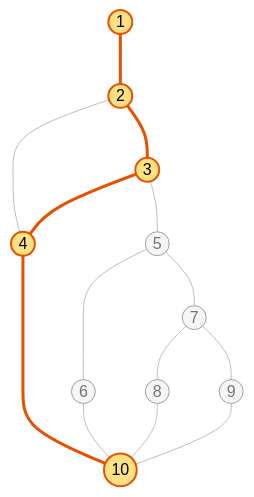
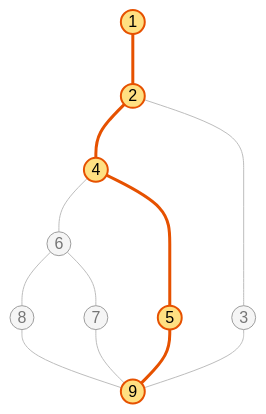
The third of 5 diagrams in tests/docs/caja_blanca_04_verificar_credenciales.md (bloedige/itdb_ctf), drawn with Mermaid before and after one commit. The commit also changed other lines of this file and 47 other files, not shown here.

````diff
--- a/tests/docs/caja_blanca_04_verificar_credenciales.md
+++ b/tests/docs/caja_blanca_04_verificar_credenciales.md
@@ -111,21 +111,19 @@
 ```mermaid
 graph TD
     n1((1)) --- n2((2))
     n2 --- n4((4))
-    n4 --- n10((10))
+    n4 --- n6((6))
+    n6 --- n8((8))
+    n8 --- n9((9))
+    n6 --- n7((7))
+    n7 --- n9
+    n4 --- n5((5))
+    n5 --- n9
     n2 --- n3((3))
-    n3 --- n4
-    n3 --- n5((5))
-    n5 --- n6((6))
-    n6 --- n10
-    n5 --- n7((7))
-    n7 --- n8((8))
-    n8 --- n10
-    n7 --- n9((9))
-    n9 --- n10
+    n3 --- n9
     classDef default fill:#f5f5f5,stroke:#9e9e9e,color:#757575
     classDef camino fill:#ffe082,stroke:#e65100,stroke-width:2px,color:#000
-    class n1,n2,n3,n4,n10 camino
+    class n1,n2,n4,n5,n9 camino
     linkStyle default stroke:#bdbdbd,stroke-width:1px
-    linkStyle 0,3,4,2 stroke:#e65100,stroke-width:3px
+    linkStyle 0,1,7,8 stroke:#e65100,stroke-width:3px
 ```
````
